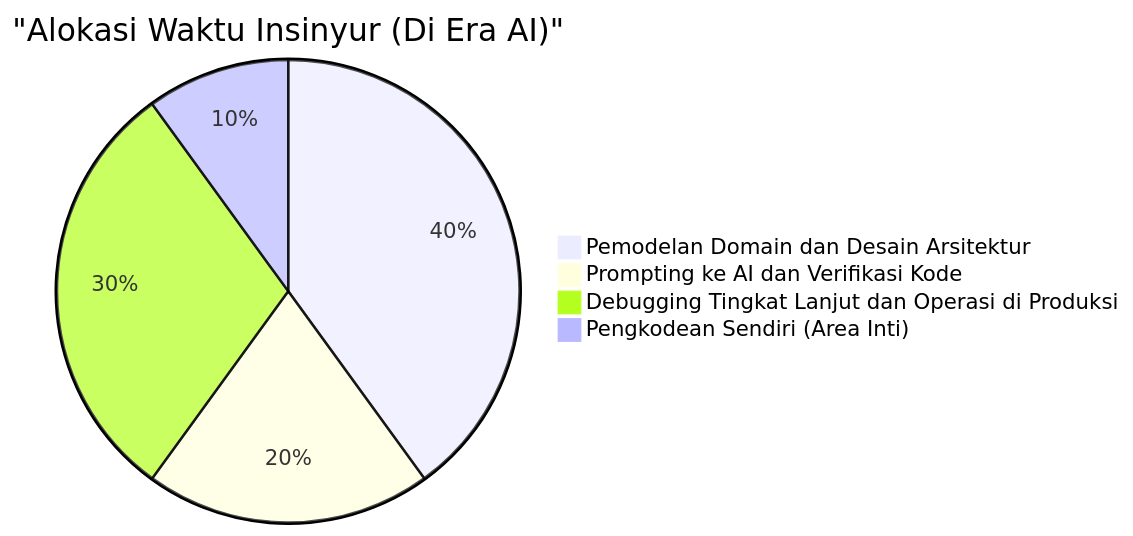
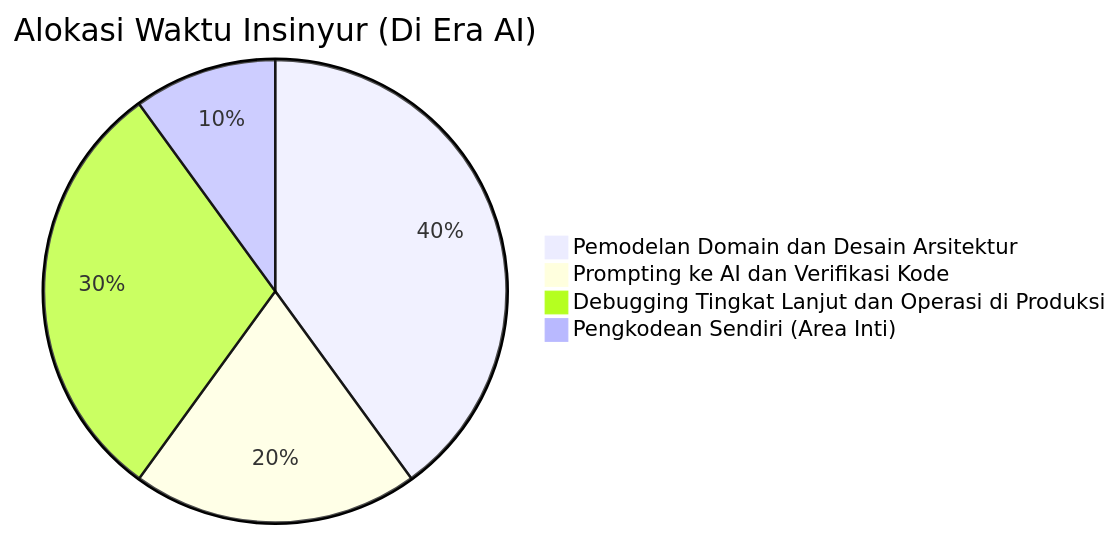
One commit to kenjinote/blog changed the fourth of 4 diagrams in content/post/human_engineer_skills/index.id.md. Above: the diagram before and after it, drawn with Mermaid. The commit also changed other lines of this file and 703 other files, not shown here.

Commit message:
Fix: Remove quotes from Mermaid link texts and timeline definitions to support Mermaid 11.4.1

````diff
--- a/content/post/human_engineer_skills/index.id.md
+++ b/content/post/human_engineer_skills/index.id.md
@@ -190,7 +190,7 @@
 ```mermaid
-pie title "Alokasi Waktu Insinyur (Di Era AI)"
+pie title Alokasi Waktu Insinyur (Di Era AI)
   "Pemodelan Domain dan Desain Arsitektur": 40
   "Prompting ke AI dan Verifikasi Kode": 20
   "Debugging Tingkat Lanjut dan Operasi di Produksi": 30
   "Pengkodean Sendiri (Area Inti)": 10
 ```
````
